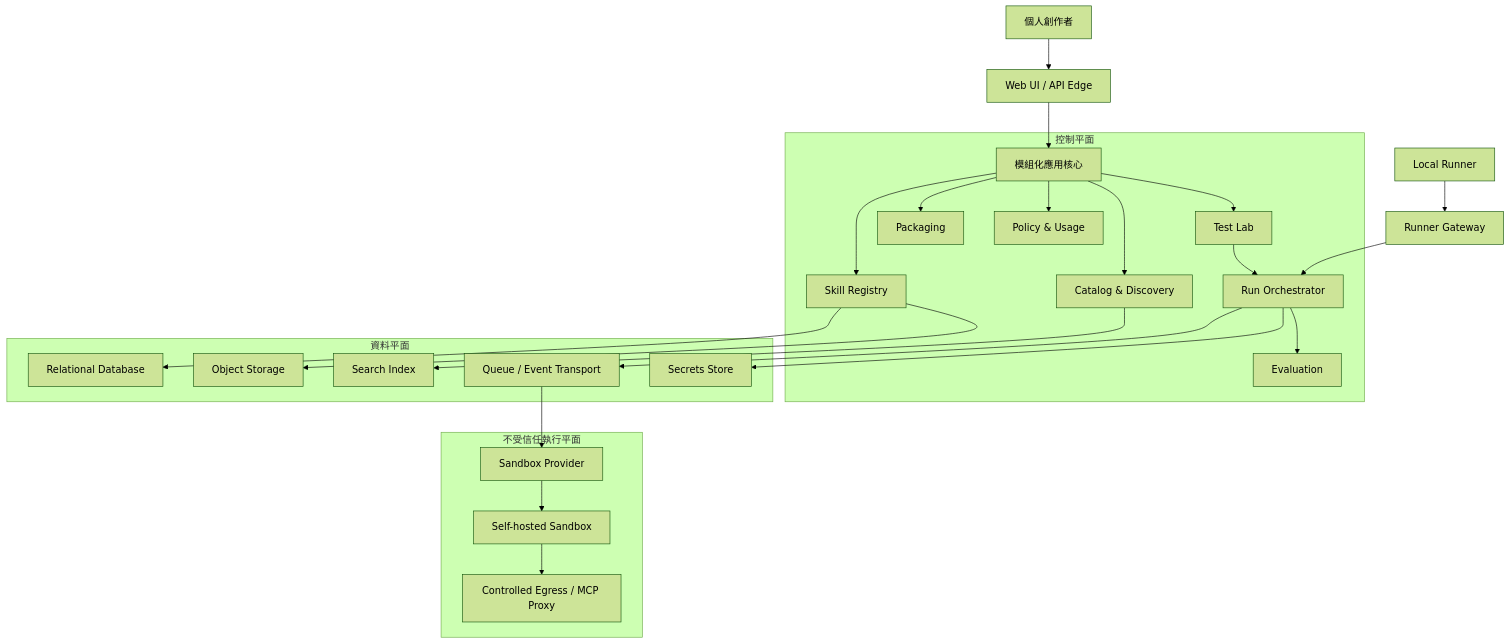
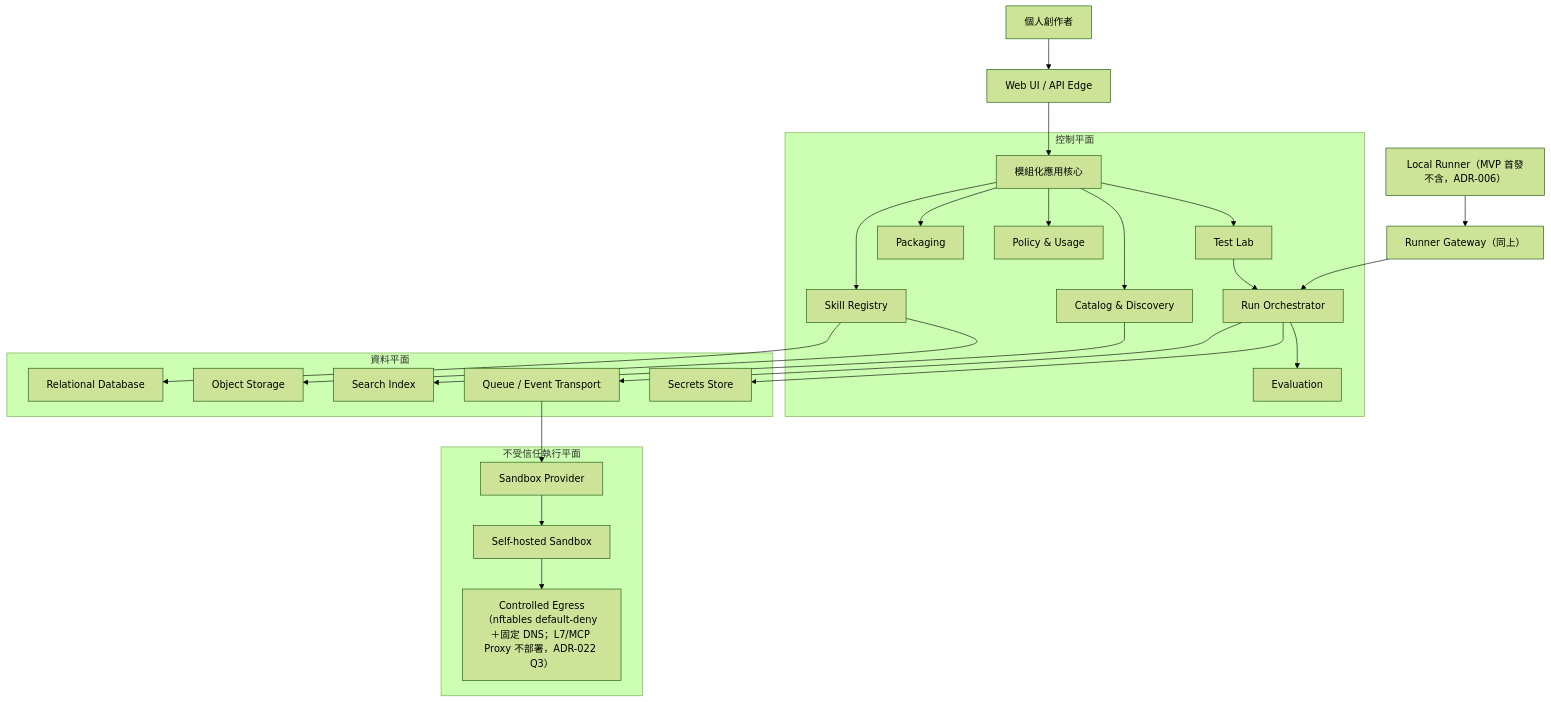
The diagram in docs/adr/README.md (ArthurC02/SkillHub), drawn with Mermaid (forest theme) before and after one commit. The commit also changed other lines of this file and 28 other files, not shown here.

````diff
--- a/docs/adr/README.md
+++ b/docs/adr/README.md
@@ -95,48 +97,48 @@
 ```mermaid
 flowchart TB
     User["個人創作者"] --> UI["Web UI / API Edge"]
-    Runner["Local Runner"] --> RunnerGateway["Runner Gateway"]
+    Runner["Local Runner（MVP 首發不含，ADR-006）"] --> RunnerGateway["Runner Gateway（同上）"]
 
     subgraph Control["控制平面"]
         App["模組化應用核心"]
         Catalog["Catalog & Discovery"]
         Registry["Skill Registry"]
         Lab["Test Lab"]
         Orchestrator["Run Orchestrator"]
         Evaluation["Evaluation"]
         Packaging["Packaging"]
         Policy["Policy & Usage"]
     end
 
     subgraph Data["資料平面"]
         DB["Relational Database"]
         Object["Object Storage"]
         Search["Search Index"]
         Queue["Queue / Event Transport"]
         Vault["Secrets Store"]
     end
 
     subgraph Execution["不受信任執行平面"]
         Provider["Sandbox Provider"]
         Sandbox["Self-hosted Sandbox"]
-        Egress["Controlled Egress / MCP Proxy"]
+        Egress["Controlled Egress（nftables default-deny ＋固定 DNS；L7/MCP Proxy 不部署，ADR-022 Q3）"]
     end
 
     UI --> App
     RunnerGateway --> Orchestrator
     App --> Catalog
     App --> Registry
     App --> Lab
     Lab --> Orchestrator
     Orchestrator --> Evaluation
     App --> Packaging
     App --> Policy
     Registry --> DB
     Registry --> Object
     Catalog --> Search
     Orchestrator --> Queue
     Orchestrator --> Vault
     Queue --> Provider
     Provider --> Sandbox
     Sandbox --> Egress
 ```
````
